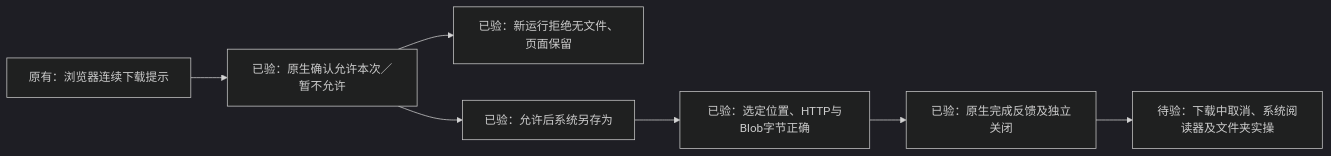
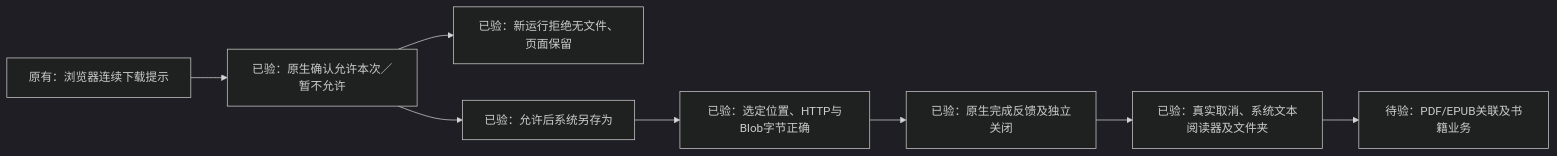
Before and after one commit to XYL333FYQ/TongMuTVPlus: the first of 6 diagrams in docs/design/CLIENT-EXPERIENCE-VERIFIED.md, drawn with Mermaid (dark theme). The commit also changed other lines of this file and 1 other file, not shown here.

````diff
--- a/docs/design/CLIENT-EXPERIENCE-VERIFIED.md
+++ b/docs/design/CLIENT-EXPERIENCE-VERIFIED.md
@@ -11,9 +13,10 @@
 ```mermaid
 flowchart LR
     A[原有：浏览器连续下载提示] --> C[已验：原生确认允许本次／暂不允许]
     C --> D[已验：新运行拒绝无文件、页面保留]
     C --> E[已验：允许后系统另存为]
     E --> F[已验：选定位置、HTTP与Blob字节正确]
     F --> G[已验：原生完成反馈及独立关闭]
-    G --> H[待验：下载中取消、系统阅读器及文件夹实操]
+    G --> H[已验：真实取消、系统文本阅读器及文件夹]
+    H --> I[待验：PDF/EPUB关联及书籍业务]
 ```
````
